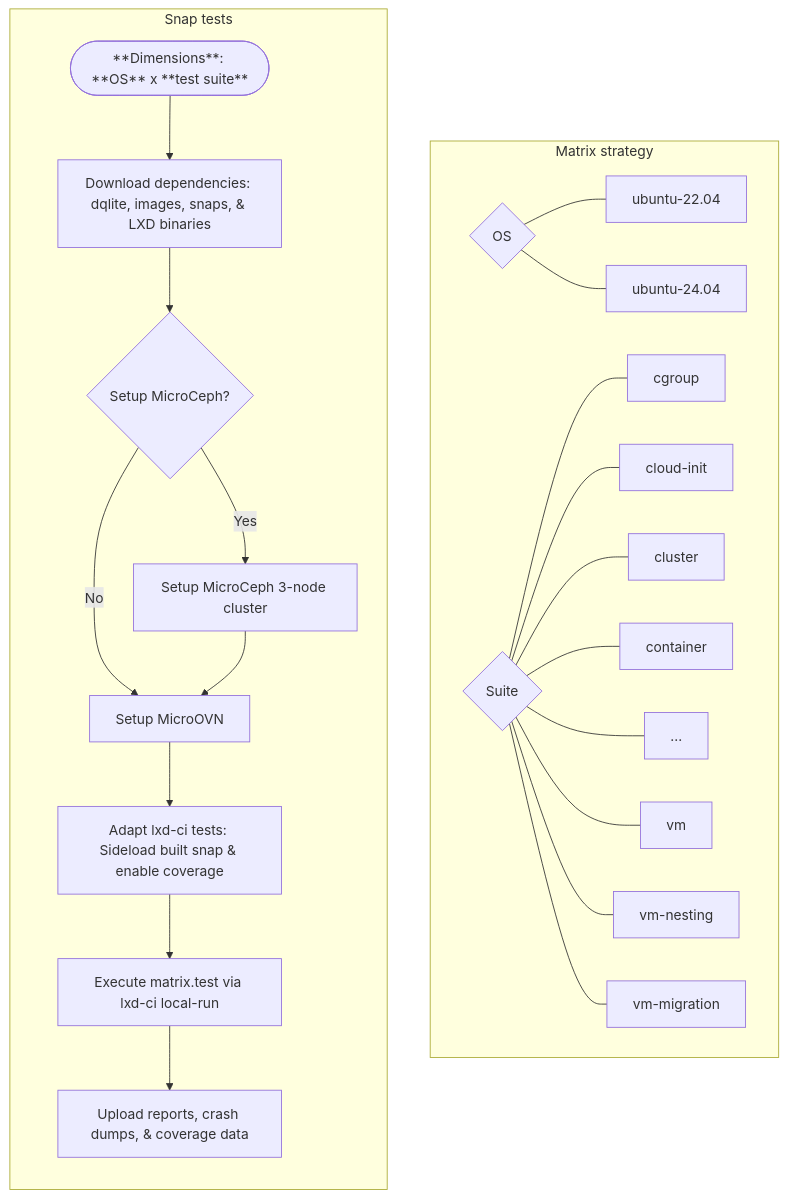
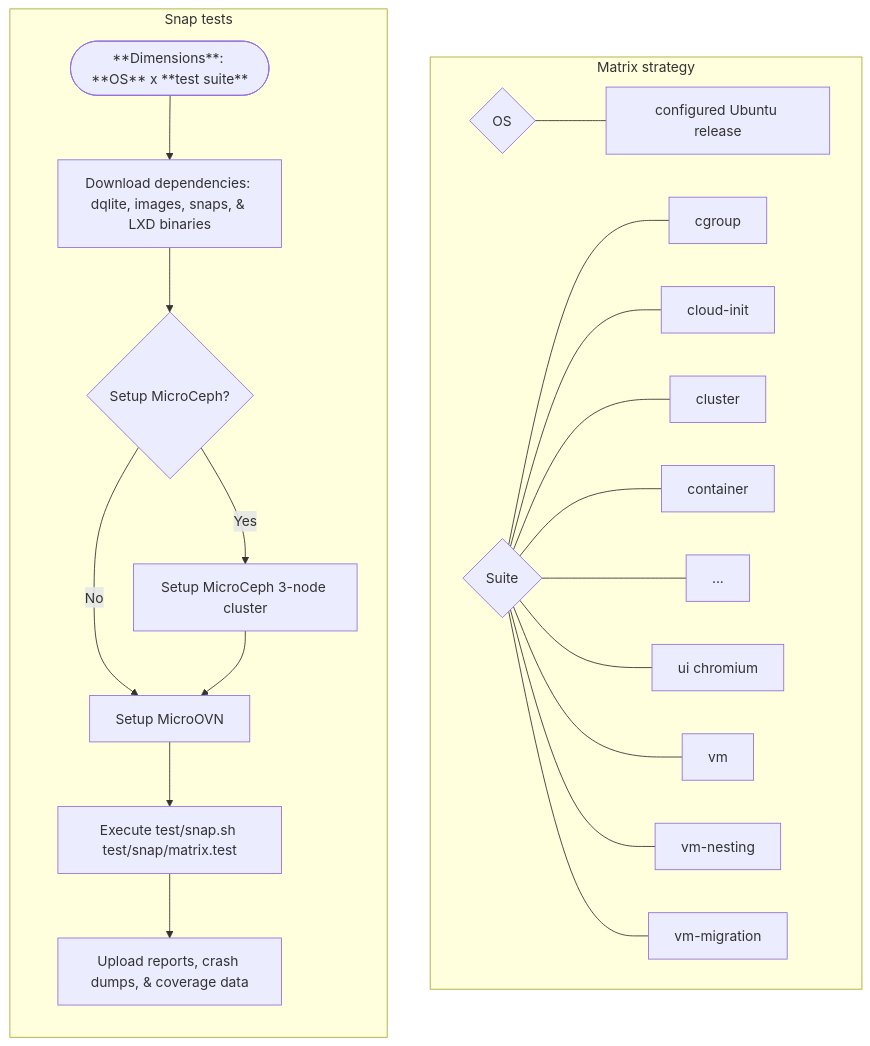
The fourth of 5 diagrams in test/overview.md (canonical/lxd), drawn with Mermaid before and after one commit. The commit also changed other lines of this file and 1 other file, not shown here.

Commit message:
test: tweak doc for merged lxd-ci

````diff
--- a/test/overview.md
+++ b/test/overview.md
@@ -122,34 +125,33 @@
 ```mermaid
 graph TD
     subgraph ST_Matrix [Matrix strategy]
         direction LR
         O_Node{OS}
         S_Node{Suite}
 
-        O_Node --- O1[ubuntu-22.04]
-        O_Node --- O2[ubuntu-24.04]
+        O_Node --- O1[configured Ubuntu release]
 
         S_Node --- S1[cgroup]
         S_Node --- S2[cloud-init]
         S_Node --- S3[cluster]
         S_Node --- S4[container]
-        S_Node --- S5_32[...]
-        S_Node --- S33[vm]
-        S_Node --- S34[vm-nesting]
-        S_Node --- S35[vm-migration]
+        S_Node --- S5_36[...]
+        S_Node --- S37[ui chromium]
+        S_Node --- S38[vm]
+        S_Node --- S39[vm-nesting]
+        S_Node --- S40[vm-migration]
     end
     subgraph ST [Snap tests]
         direction TB
         Start(["**Dimensions**: **OS** x **test suite**"]) --> PullArtifacts[Download dependencies: dqlite, images, snaps, & LXD binaries]
 
         PullArtifacts --> InfraCheck{Setup MicroCeph?}
         InfraCheck -- Yes --> SetupCeph[Setup MicroCeph 3-node cluster]
         InfraCheck -- No --> SetupOVN[Setup MicroOVN]
         SetupCeph --> SetupOVN
 
-        SetupOVN --> AdaptTests[Adapt lxd-ci tests: Sideload built snap & enable coverage]
-        AdaptTests --> ExecTest[Execute matrix.test via lxd-ci local-run]
+        SetupOVN --> ExecTest[Execute test/snap.sh test/snap/matrix.test]
 
         ExecTest --> Uploads[Upload reports, crash dumps, & coverage data]
     end
 ```
````
